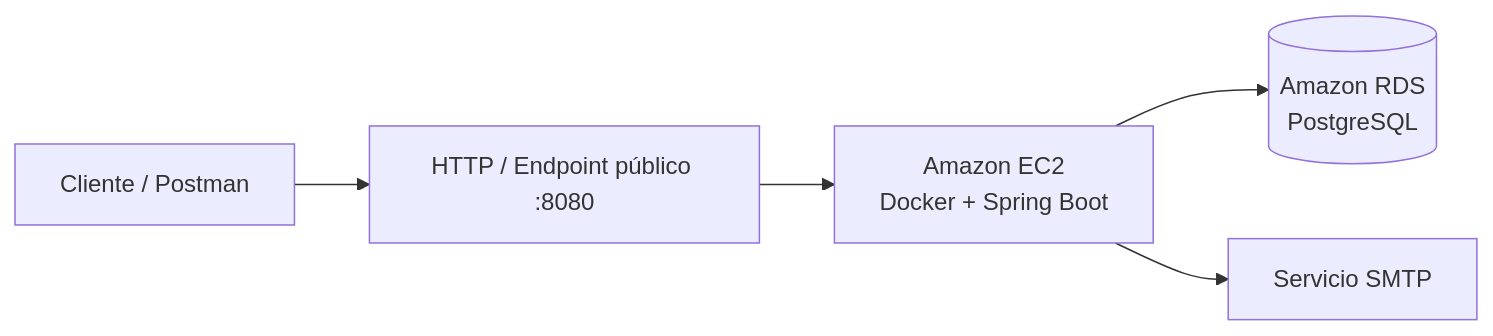
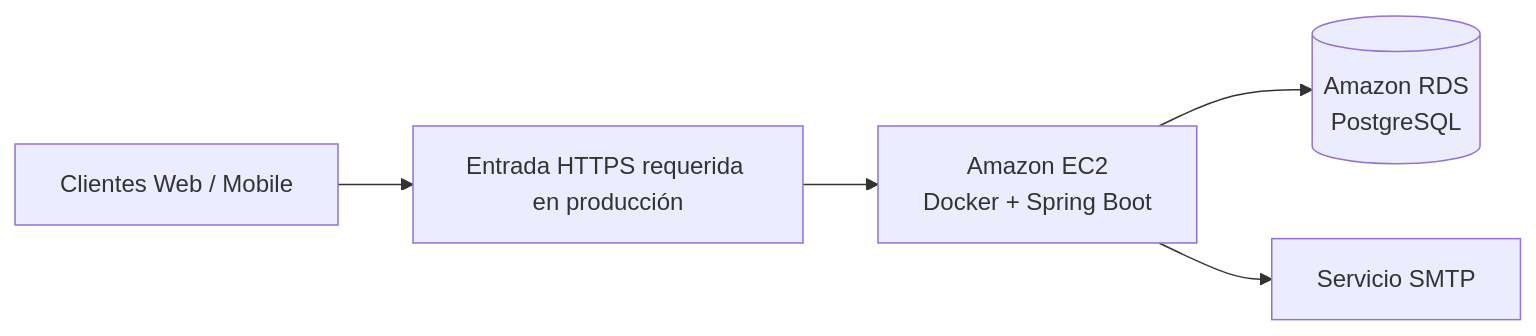
Before and after one commit to leonardolandeo-a11y/StudyStreak: the third of 3 diagrams in README.md, drawn with Mermaid. The commit also changed other lines of this file and 1 other file, not shown here.

````diff
--- a/README.md
+++ b/README.md
@@ -297,7 +297,7 @@
 ```mermaid
 flowchart LR
-    Client[Cliente / Postman] --> Public[HTTP / Endpoint público :8080]
+    Client[Clientes Web / Mobile] --> Public[Entrada HTTPS requerida en producción]
     Public --> EC2[Amazon EC2\nDocker + Spring Boot]
     EC2 --> RDS[(Amazon RDS\nPostgreSQL)]
     EC2 --> SMTP[Servicio SMTP]
 ```
````
